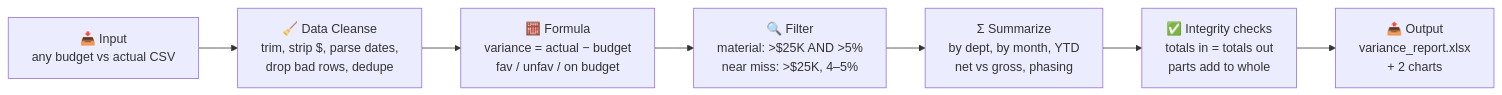
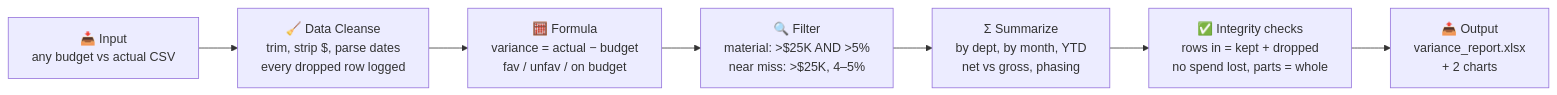
Before and after one commit to karthikVenkata-Create/FPA-Budget-Variance-Pipeline: the diagram in README.md, drawn with Mermaid. The commit also changed other lines of this file and 5 other files, not shown here.

First line of the commit message:
Account for every row; handle bad budgets and conflicting duplicates

````diff
--- a/README.md
+++ b/README.md
@@ -63,9 +63,9 @@
 ```mermaid
 flowchart LR
-    A["📥 Input<br/>any budget vs actual CSV"] --> B["🧹 Data Cleanse<br/>trim, strip $, parse dates,<br/>drop bad rows, dedupe"]
+    A["📥 Input<br/>any budget vs actual CSV"] --> B["🧹 Data Cleanse<br/>trim, strip $, parse dates<br/>every dropped row logged"]
     B --> C["🧮 Formula<br/>variance = actual − budget<br/>fav / unfav / on budget"]
     C --> D["🔍 Filter<br/>material: >$25K AND >5%<br/>near miss: >$25K, 4–5%"]
     D --> E["Σ Summarize<br/>by dept, by month, YTD<br/>net vs gross, phasing"]
-    E --> F["✅ Integrity checks<br/>totals in = totals out<br/>parts add to whole"]
+    E --> F["✅ Integrity checks<br/>rows in = kept + dropped<br/>no spend lost, parts = whole"]
     F --> G["📤 Output<br/>variance_report.xlsx<br/>+ 2 charts"]
 ```
````
